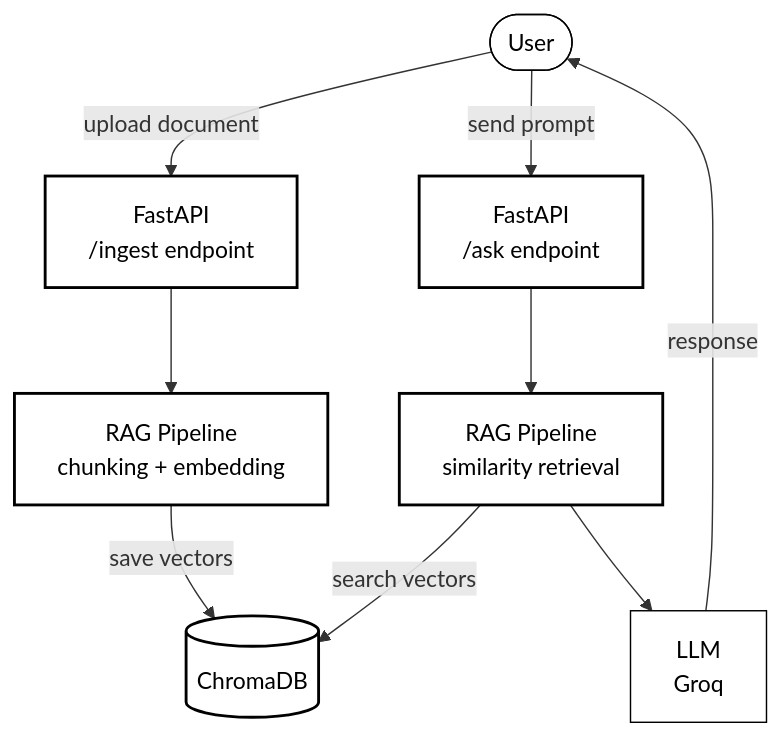
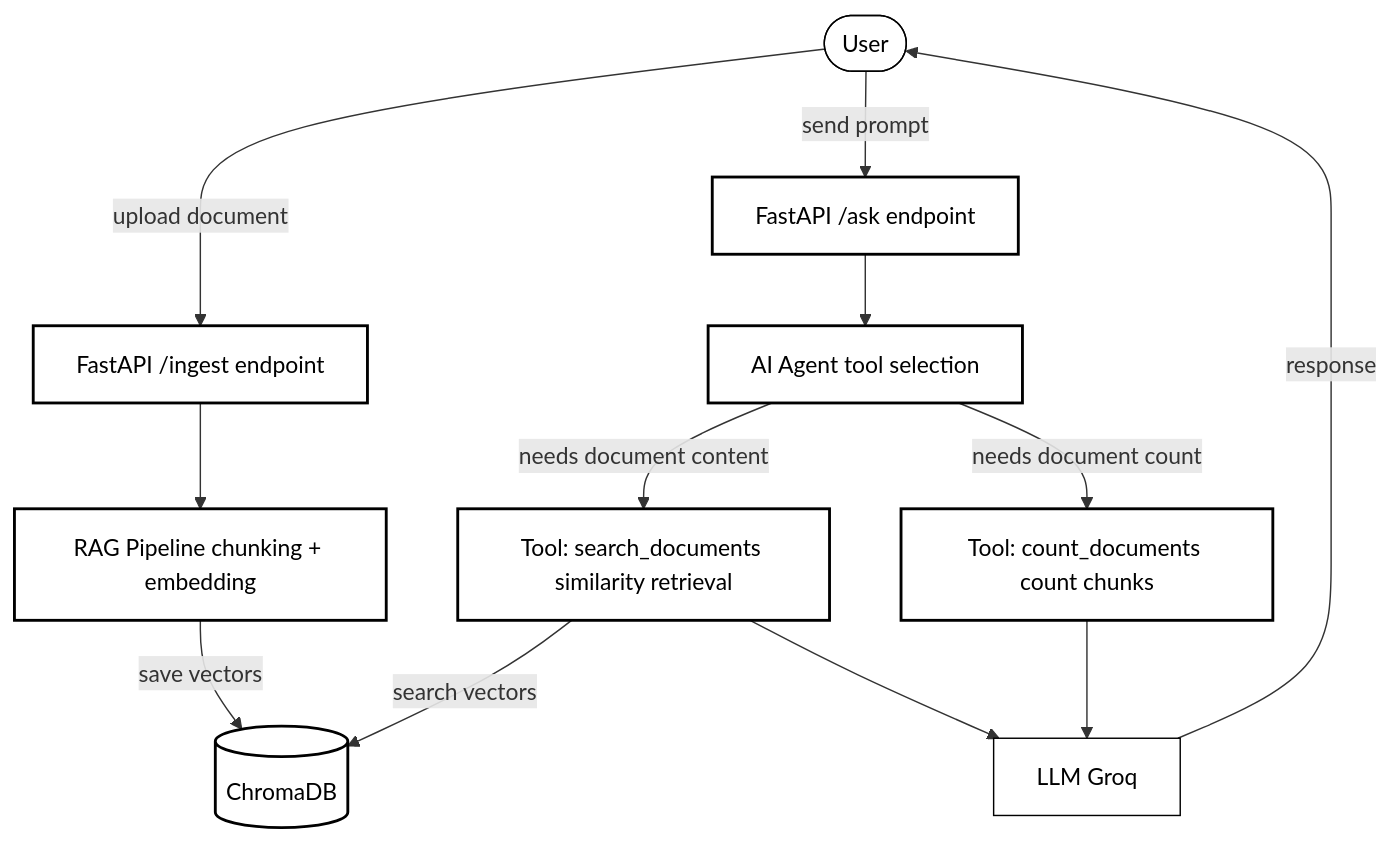
The diagram in README.md (andrea-scala/SecondBrain-API), drawn with Mermaid before and after one commit.

Commit message:
docs: update README with agent architecture

````diff
--- a/README.md
+++ b/README.md
@@ -12,35 +12,39 @@
 ```mermaid
 flowchart TD
-    %% Main Nodes
     Utente([User])
     
-    Ingest[FastAPI <br> /ingest endpoint]
-    Ask[FastAPI <br> /ask endpoint]
+    Ingest[FastAPI /ingest endpoint]
+    Ask[FastAPI /ask endpoint]
     
-    PipeIngest[RAG Pipeline <br> chunking + embedding]
-    PipeAsk[RAG Pipeline <br> similarity retrieval]
+    PipeIngest[RAG Pipeline chunking + embedding]
+    Agent[AI Agent tool selection]
+    
+    SearchTool[Tool: search_documents similarity retrieval]
+    CountTool[Tool: count_documents count chunks]
     
     Chroma[(ChromaDB)]
-    LLM[LLM <br> Groq]
+    LLM[LLM Groq]
 
-    %% Ingestion Flow Connections
     Utente -->|upload document| Ingest
     Ingest --> PipeIngest
     PipeIngest -->|save vectors| Chroma
 
-    %% Query Flow Connections
     Utente -->|send prompt| Ask
-    Ask --> PipeAsk
-    PipeAsk -->|search vectors| Chroma
-    PipeAsk --> LLM
+    Ask --> Agent
+    Agent -->|needs document content| SearchTool
+    Agent -->|needs document count| CountTool
+    SearchTool -->|search vectors| Chroma
+    SearchTool --> LLM
+    CountTool --> LLM
     LLM -->|response| Utente
 
-    %% Black & White Minimalist Style
     style Utente fill:#ffffff,stroke:#000000,stroke-width:1px,color:#000000
     style Ingest fill:#ffffff,stroke:#000000,stroke-width:2px,color:#000000
     style Ask fill:#ffffff,stroke:#000000,stroke-width:2px,color:#000000
     style PipeIngest fill:#ffffff,stroke:#000000,stroke-width:2px,color:#000000
-    style PipeAsk fill:#ffffff,stroke:#000000,stroke-width:2px,color:#000000
+    style Agent fill:#ffffff,stroke:#000000,stroke-width:2px,color:#000000
+    style SearchTool fill:#ffffff,stroke:#000000,stroke-width:2px,color:#000000
+    style CountTool fill:#ffffff,stroke:#000000,stroke-width:2px,color:#000000
     style Chroma fill:#ffffff,stroke:#000000,stroke-width:2px,color:#000000
     style LLM fill:#ffffff,stroke:#000000,stroke-width:1px,color:#000000
 ```
````
